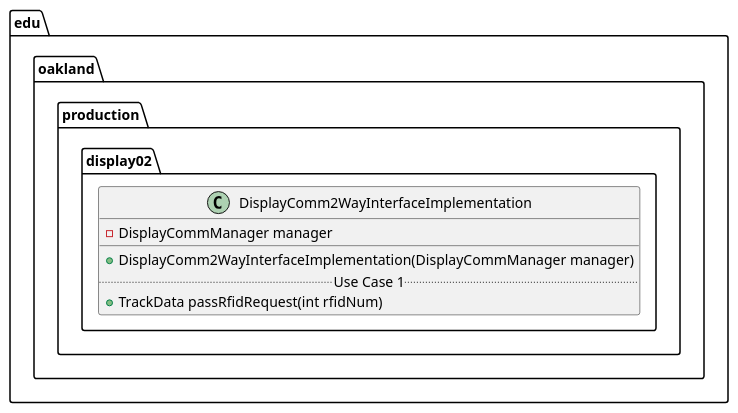
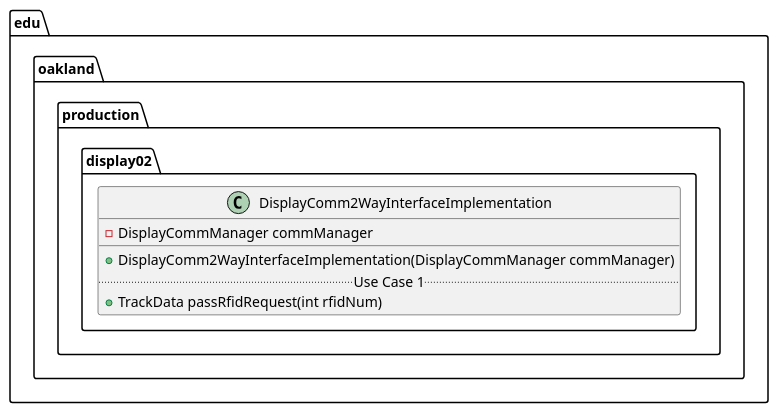
One commit to andrewdimmer/csi-3370-software-project changed the diagram in docs/uml-class-diagrams/display02/production/DisplayComm2WayInterfaceImplementation/DisplayComm2WayInterfaceImplementation.puml. Above: the diagram before and after it, drawn with PlantUML. The commit also changed 540 other files, not shown here.

First line of the commit message:
[Admin] Update PUML Diagrams to Reflect Production Code/Tests (#168)

```diff
--- a/docs/uml-class-diagrams/display02/production/DisplayComm2WayInterfaceImplementation/DisplayComm2WayInterfaceImplementation.puml
+++ b/docs/uml-class-diagrams/display02/production/DisplayComm2WayInterfaceImplementation/DisplayComm2WayInterfaceImplementation.puml
@@ -1,13 +1,13 @@
 @startuml DisplayComm2WayInterfaceImplementation
 
 package edu.oakland.production.display02 {
     class DisplayComm2WayInterfaceImplementation {
-        - DisplayCommManager manager
+        - DisplayCommManager commManager
         __
-        + DisplayComm2WayInterfaceImplementation(DisplayCommManager manager)
+        + DisplayComm2WayInterfaceImplementation(DisplayCommManager commManager)
         .. Use Case 1 ..
         + TrackData passRfidRequest(int rfidNum)
     }
 }
 
 @enduml
```
